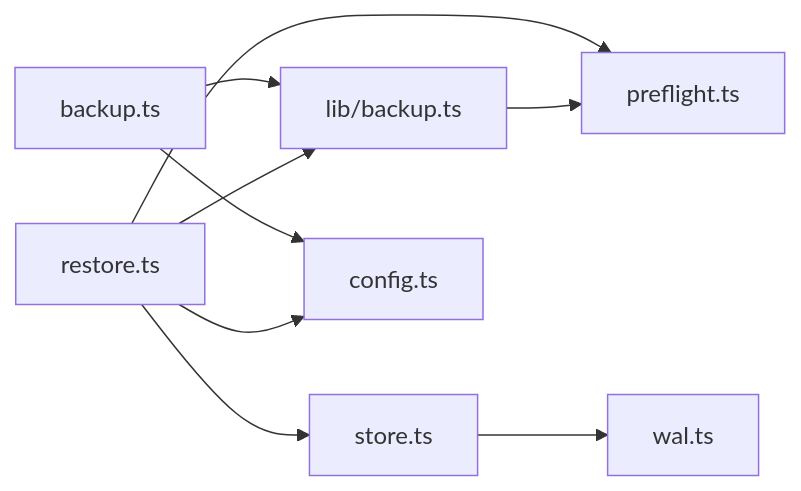
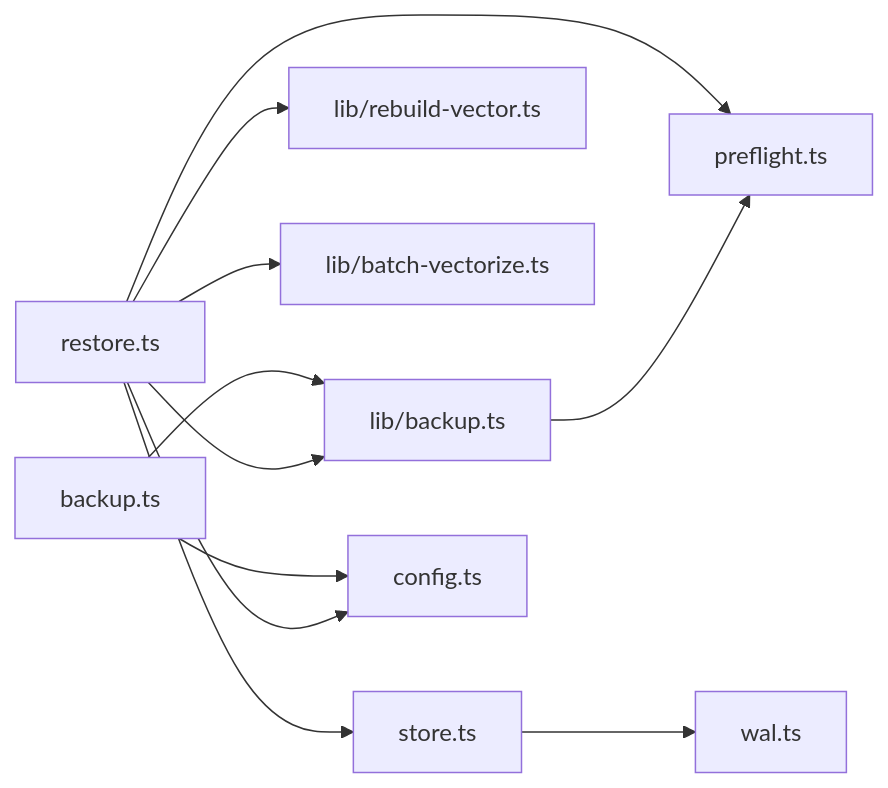
One commit to HACK-WU/kisearch changed the eighth of 8 diagrams in .qoder/repowiki/zh/content/知识库管理/备份恢复机制.md. Above: the diagram before and after it, drawn with Mermaid. The commit also changed other lines of this file and 129 other files, not shown here.

````diff
--- a/.qoder/repowiki/zh/content/知识库管理/备份恢复机制.md
+++ b/.qoder/repowiki/zh/content/知识库管理/备份恢复机制.md
@@ -309,11 +390,13 @@
 ```mermaid
 graph LR
 BK_CLI["backup.ts"] --> BK_LIB["lib/backup.ts"]
 RS_CLI["restore.ts"] --> BK_LIB
+RS_CLI --> RV_LIB["lib/rebuild-vector.ts"]
+RS_CLI --> BV_LIB["lib/batch-vectorize.ts"]
 RS_CLI --> PF["preflight.ts"]
 STORE["store.ts"] --> WAL["wal.ts"]
 RS_CLI --> STORE
 BK_LIB --> PF
 BK_CLI --> CFG["config.ts"]
 RS_CLI --> CFG
 ```
````
